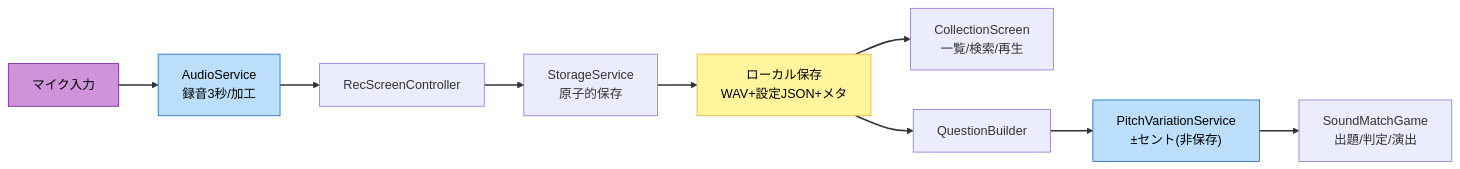
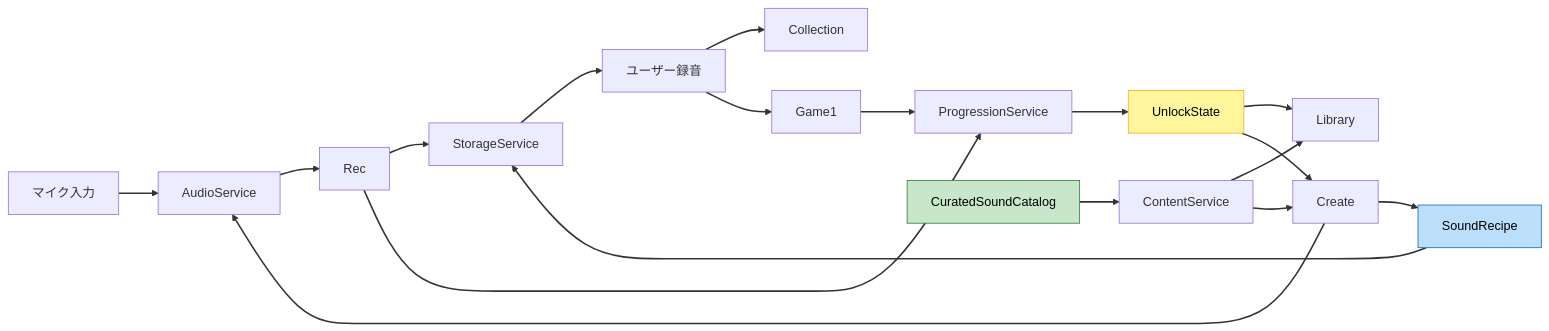
Before and after one commit to kahopia0708-arch/Geidai_Sudo_Application: the diagram in aidlc-docs/inception/application-design/component-dependency.md, drawn with Mermaid. The commit also changed other lines of this file and 13 other files, not shown here.

First line of the commit message:
docs: 音図鑑・音づくりの要件・ストーリー・設計・ユニットを反映

````diff
--- a/aidlc-docs/inception/application-design/component-dependency.md
+++ b/aidlc-docs/inception/application-design/component-dependency.md
@@ -31,17 +35,25 @@
 ```mermaid
 flowchart LR
-    Mic["マイク入力"] --> AS["AudioService<br/>録音3秒/加工"]
-    AS --> RS["RecScreenController"]
-    RS --> ST["StorageService<br/>原子的保存"]
-    ST --> FS["ローカル保存<br/>WAV+設定JSON+メタ"]
-    FS --> CS["CollectionScreen<br/>一覧/検索/再生"]
-    FS --> QB["QuestionBuilder"]
-    QB --> PV["PitchVariationService<br/>±セント(非保存)"]
-    PV --> GC["SoundMatchGame<br/>出題/判定/演出"]
+    Mic["マイク入力"] --> AS["AudioService"]
+    AS --> Rec["Rec"]
+    Rec --> ST["StorageService"]
+    ST --> UserSounds["ユーザー録音"]
+    UserSounds --> Col["Collection"]
+    UserSounds --> Game["Game1"]
+    Game --> Prog["ProgressionService"]
+    Rec --> Prog
+    Catalog["CuratedSoundCatalog"] --> Cont["ContentService"]
+    Cont --> Lib["Library"]
+    Prog --> Unlock["UnlockState"]
+    Unlock --> Lib
+    Unlock --> Create["Create"]
+    Cont --> Create
+    Create --> Recipe["SoundRecipe"]
+    Recipe --> ST
+    Create --> AS
 
-    style Mic fill:#CE93D8,stroke:#6A1B9A,color:#000
-    style FS fill:#FFF59D,stroke:#F9A825,color:#000
-    style AS fill:#BBDEFB,stroke:#1565C0,color:#000
-    style PV fill:#BBDEFB,stroke:#1565C0,color:#000
+    style Catalog fill:#C8E6C9,stroke:#2E7D32,color:#000
+    style Unlock fill:#FFF59D,stroke:#F9A825,color:#000
+    style Recipe fill:#BBDEFB,stroke:#1565C0,color:#000
     linkStyle default stroke:#333,stroke-width:2px
 ```
````
